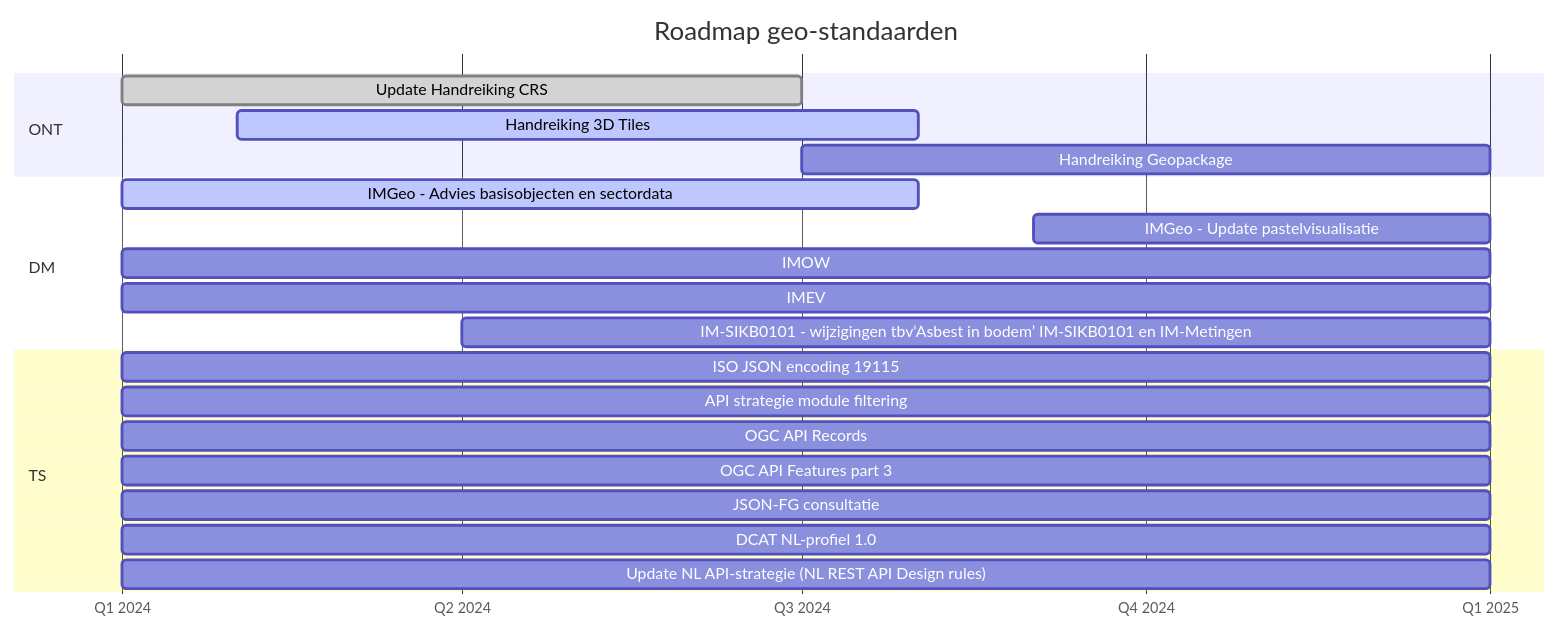
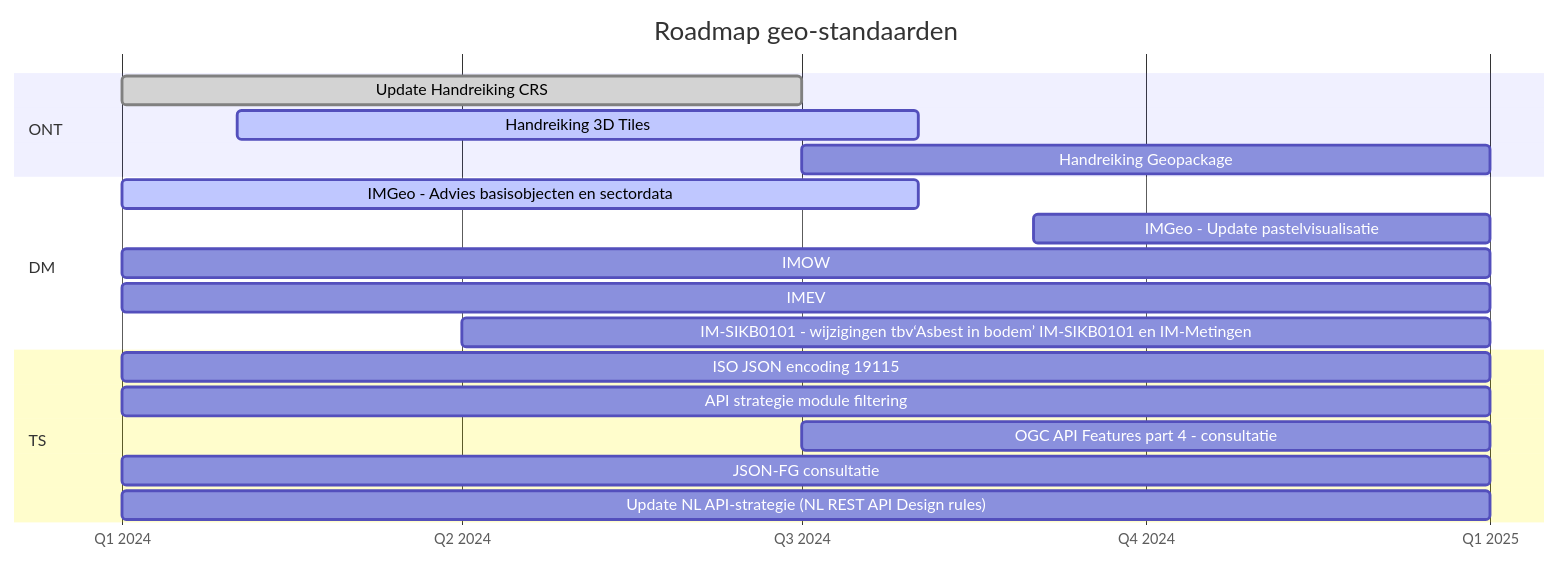
Before and after one commit to Geonovum/roadmap-geostandaarden: the diagram in roadmap.mmd, drawn with Mermaid.

```diff
--- a/roadmap.mmd
+++ b/roadmap.mmd
@@ -1,26 +1,26 @@
 gantt
     title Roadmap geo-standaarden
     dateFormat YYYY-M
     axisFormat Q%q %Y
     tickInterval 3month
     section ONT
         Update Handreiking CRS                      :done,           2024-01, 6M        
         Handreiking 3D Tiles                        :active,          2024-02, 6M
         Handreiking Geopackage                      :           2024-07, 6M
         
     section DM        
         IMGeo - Advies basisobjecten en sectordata:active,    2024-01, 7M
         IMGeo - Update pastelvisualisatie                :      2024-09, 4M
         IMOW                                        :           2024-01, 12M
         IMEV                                        :           2024-01, 12M
         IM-SIKB0101 - wijzigingen tbv‘Asbest in bodem’ IM-SIKB0101 en IM-Metingen :active  2024-04, 9M
         
 
     section TS        
         ISO JSON encoding 19115                     :           2024-01, 12M
         API strategie module filtering              :           2024-01, 12M
-        OGC API Records                             :           2024-01, 12M
-        OGC API Features part 3                     :           2024-01, 12M
+        %OGC API Records                             :           2024-01, 12M
+        OGC API Features part 4 - consultatie       :           2024-07, 6M
         JSON-FG consultatie                         :           2024-01, 12M
-        DCAT NL-profiel 1.0                         :           2024-01, 12M
+        %DCAT NL-profiel 1.0                         :           2024-01, 12M
         Update NL API-strategie (NL REST API Design rules) :    2024-01, 12M
```
